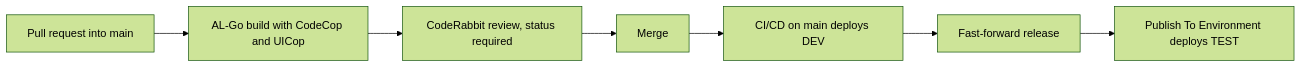
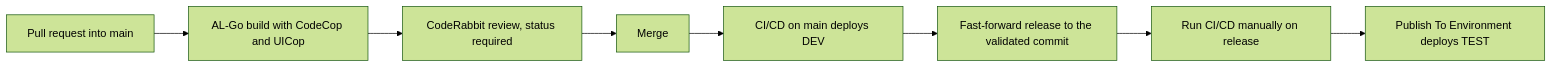
Before and after one commit to shiprek/TheLAAIGuy_BC: the diagram in README.md, drawn with Mermaid (forest theme). The commit also changed other lines of this file and 3 other files, not shown here.

````diff
--- a/README.md
+++ b/README.md
@@ -33,9 +33,10 @@
 ```mermaid
 flowchart LR
     A[Pull request into main] --> B[AL-Go build with CodeCop and UICop]
     B --> C[CodeRabbit review, status required]
     C --> D[Merge]
     D --> E[CI/CD on main deploys DEV]
-    E --> F[Fast-forward release]
-    F --> G[Publish To Environment deploys TEST]
+    E --> F[Fast-forward release to the validated commit]
+    F --> G[Run CI/CD manually on release]
+    G --> H[Publish To Environment deploys TEST]
 ```
````
